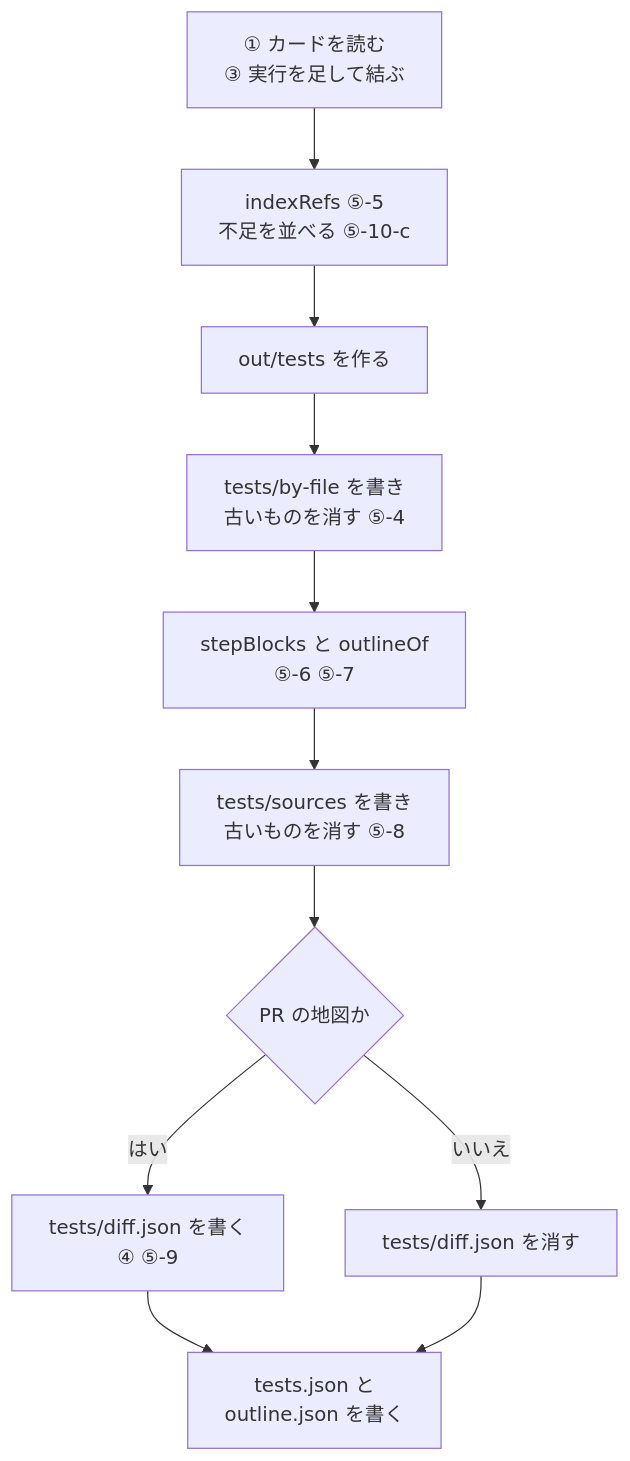
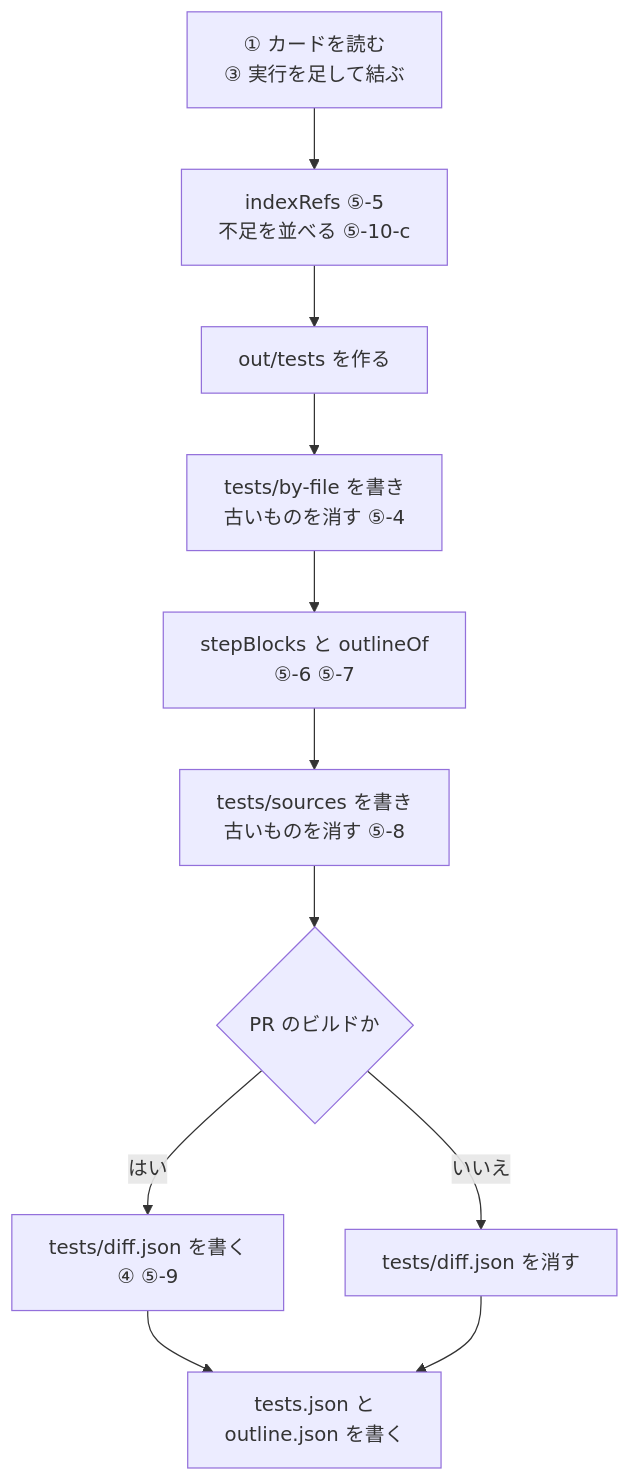
The sixth of 22 diagrams in apps/tests/docs/05-data.md (maronnjapan/maronn-openid-connect), drawn with Mermaid before and after one commit. The commit also changed other lines of this file and 11 other files, not shown here.

````diff
--- a/apps/tests/docs/05-data.md
+++ b/apps/tests/docs/05-data.md
@@ -178,16 +204,16 @@
 ```mermaid
 flowchart TB
   A["① カードを読む<br/>③ 実行を足して結ぶ"]
   B["indexRefs ⑤-5<br/>不足を並べる ⑤-10-c"]
   C["out/tests を作る"]
   D["tests/by-file を書き<br/>古いものを消す ⑤-4"]
   E["stepBlocks と outlineOf<br/>⑤-6 ⑤-7"]
   F["tests/sources を書き<br/>古いものを消す ⑤-8"]
-  G{"PR の地図か"}
+  G{"PR のビルドか"}
   H["tests/diff.json を書く<br/>④ ⑤-9"]
   I["tests/diff.json を消す"]
   J["tests.json と<br/>outline.json を書く"]
   A --> B --> C --> D --> E --> F --> G
   G -->|"はい"| H --> J
   G -->|"いいえ"| I --> J
 ```
````
